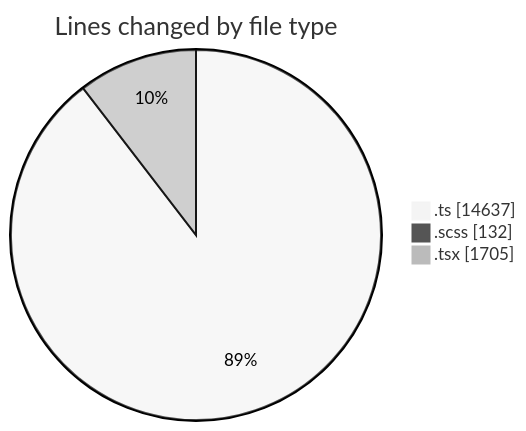
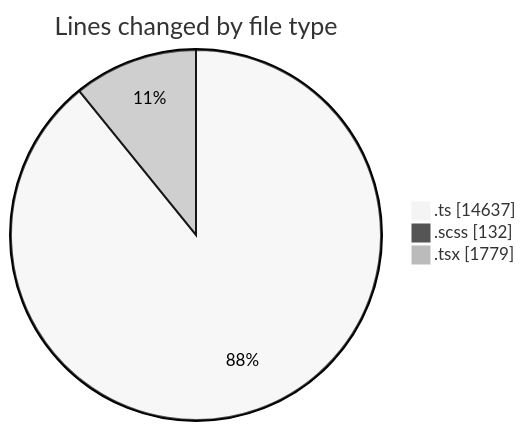
The first of 2 diagrams in 2025-08-27/cda/README.md (momahboobian/code-tracking), drawn with Mermaid (neutral theme) before and after one commit. The commit also changed other lines of this file and 1 other file, not shown here.

````diff
--- a/2025-08-27/cda/README.md
+++ b/2025-08-27/cda/README.md
@@ -27,7 +28,7 @@
 ```mermaid
 pie showData
 title Lines changed by file type
 ".ts" : 14637
 ".scss" : 132
-".tsx" : 1705
+".tsx" : 1779
 ```
````
